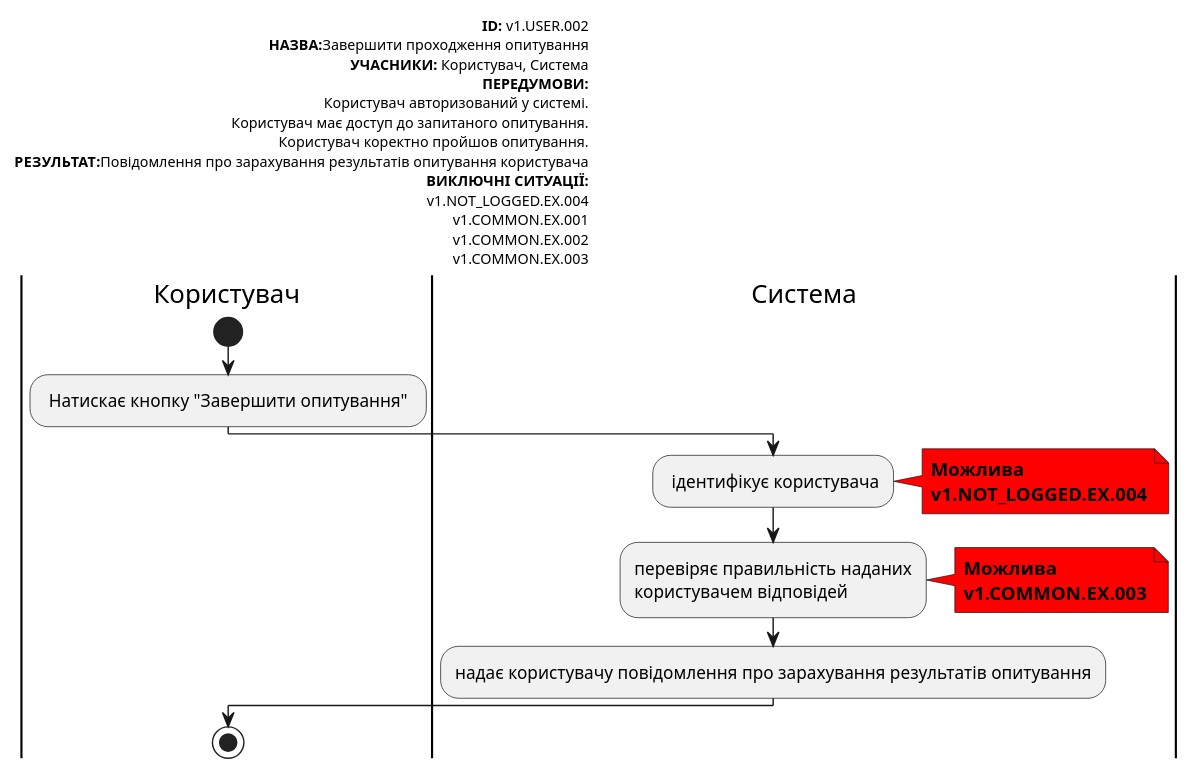
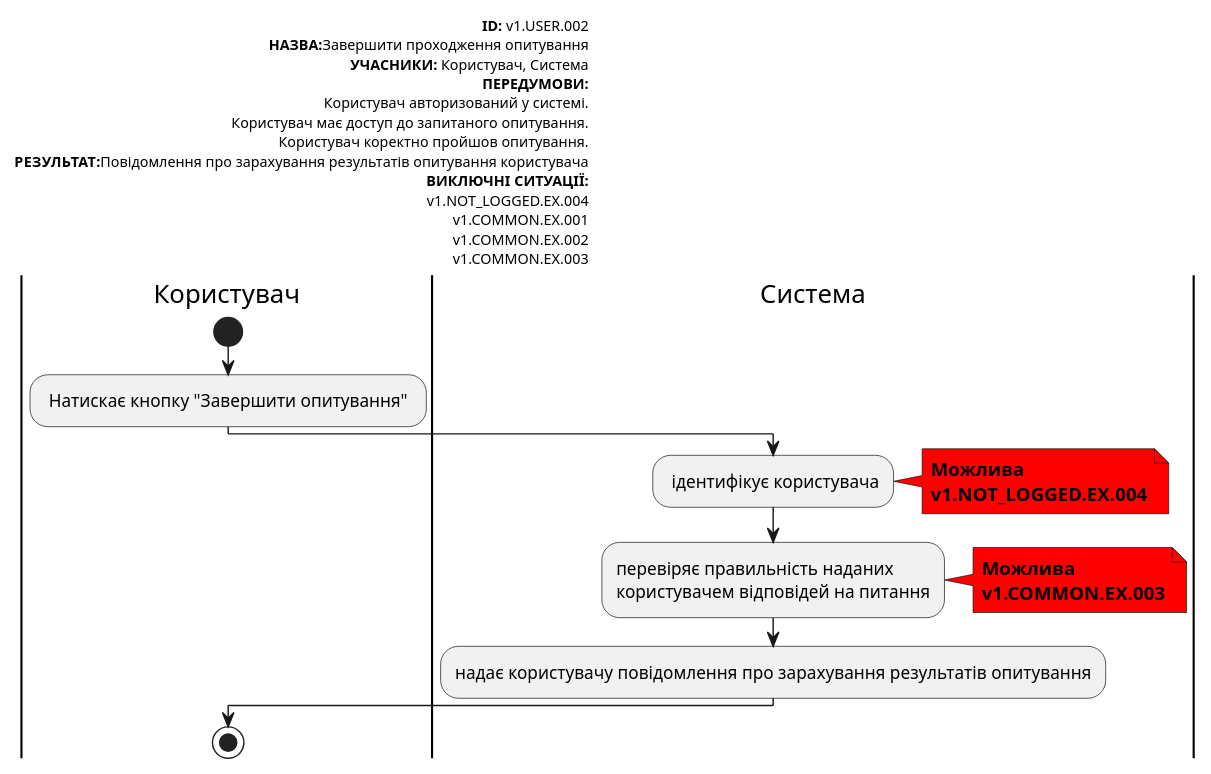
One commit to Znskiy/survey-expert changed the fourth of 18 diagrams in docs/use cases/README.md. Above: the diagram before and after it, drawn with PlantUML. The commit also changed other lines of this file, not shown here.

```diff
--- a/docs/use cases/README.md
+++ b/docs/use cases/README.md
@@ -164,44 +165,44 @@
   @startuml
 
         left header
              <font color=000 size=10><b>ID:</b> v1.USER.002
              <font color=000 size=10><b>НАЗВА:</b>Завершити проходження опитування
              <font color=000 size=10><b>УЧАСНИКИ:</b> Користувач, Система
              <font color=000 size=10><b>ПЕРЕДУМОВИ:</b>
              <font color=000 size=10>Користувач авторизований у системі.
              <font color=000 size=10>Користувач має доступ до запитаного опитування.
              <font color=000 size=10>Користувач коректно пройшов опитування.
              <font color=000 size=10><b>РЕЗУЛЬТАТ:</b>Повідомлення про зарахування результатів опитування користувача
              <font color=000 size=10><b>ВИКЛЮЧНІ СИТУАЦІЇ:</b>
              <font color=000 size=10>v1.NOT_LOGGED.EX.004
              <font color=000 size=10>v1.COMMON.EX.001
              <font color=000 size=10>v1.COMMON.EX.002
              <font color=000 size=10>v1.COMMON.EX.003
          end header
 
          |Користувач|
              start
              : Натискає кнопку "Завершити опитування" ;
 
          |Система|
              : ідентифікує користувача;
 
              note right #ff0000
              <b>Можлива</b>
              <b>v1.NOT_LOGGED.EX.004</b>
              end note
 
              :перевіряє правильність наданих
-             користувачем відповідей;
+             користувачем відповідей на питання;
 
              note right #ff0000
              <b>Можлива</b>
              <b>v1.COMMON.EX.003</b>
              end note
 
              :надає користувачу повідомлення про зарахування результатів опитування;
 
          |Користувач|
              stop;
 
   @enduml
```
